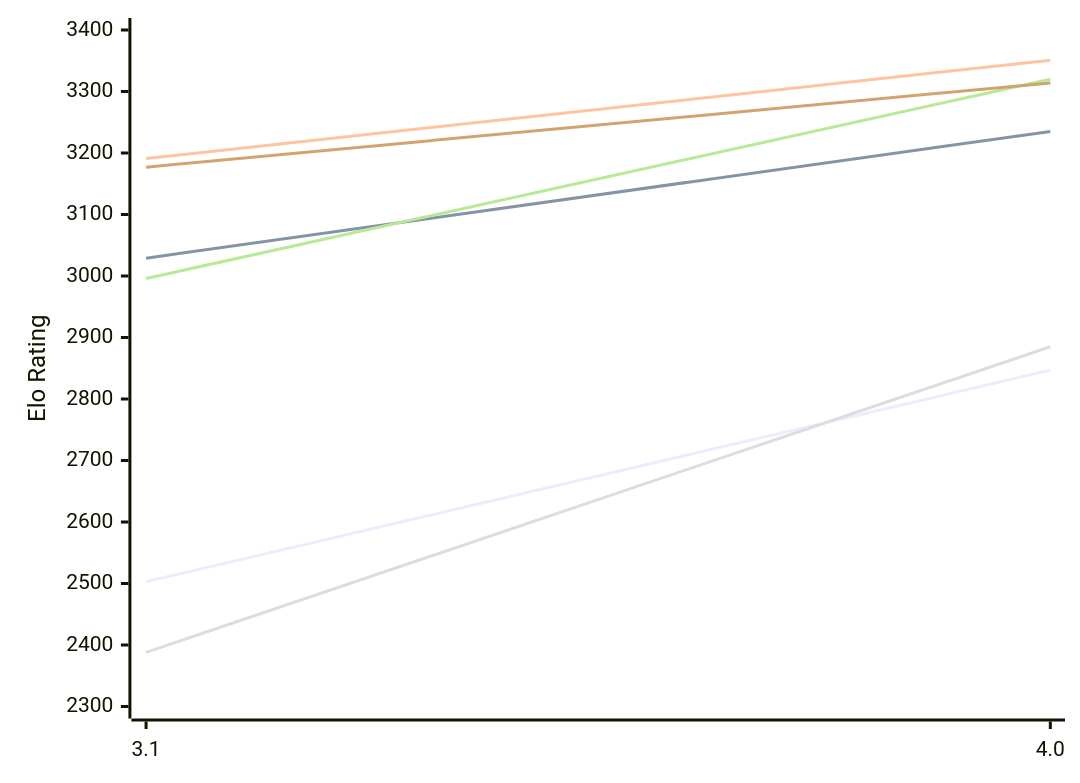
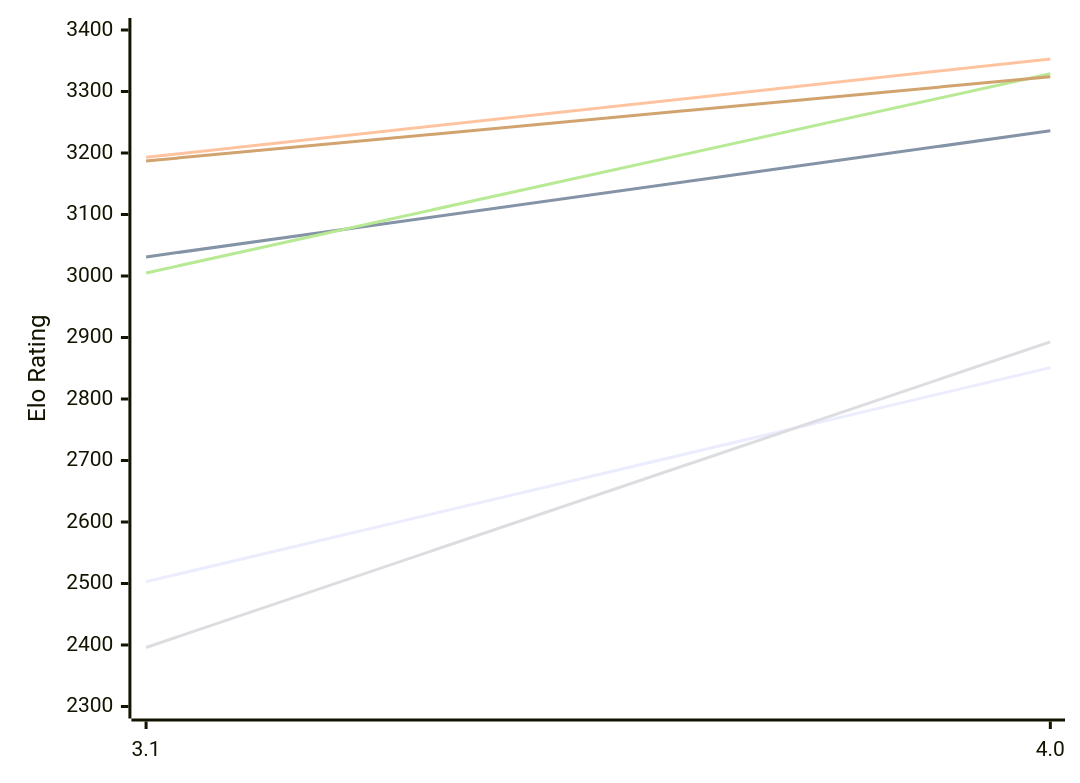
One commit to computer-chess-index/cci changed the first of 2 diagrams in engines/Sykora.md. Above: the diagram before and after it, drawn with Mermaid. The commit also changed other lines of this file, not shown here.

Commit message:
Update CCI Ratings (ELO VLTC) - 2026-11-25

````diff
--- a/engines/Sykora.md
+++ b/engines/Sykora.md
@@ -53,12 +53,12 @@
 ```mermaid
 %%{init: {"theme":"base","themeVariables":{"seriesColors:['#a3a3a3','#222221','#faa371']}}}%%
 xychart-beta
   x-axis ["3.1", "4.0"]
   y-axis "Elo Rating" 2300 --> 3400
-  line "E1: STC (8.0+0.08s)" [2503, 2847]
-  line "E1: LTC (60.0+0.60s)" [3029, 3235]
-  line "E1: VLTC (2m24s+1.12s)" [3191, 3351]
-  line "P1: STC (8.0+0.08s)" [2388, 2885]
-  line "P1: LTC (60.0+0.60s)" [2996, 3320]
-  line "P1: VLTC (2m24s+1.12s)" [3177, 3314]
+  line "E1: STC (8.0+0.08s)" [2503, 2851]
+  line "E1: LTC (60.0+0.60s)" [3031, 3236]
+  line "E1: VLTC (2m24s+1.12s)" [3193, 3353]
+  line "P1: STC (8.0+0.08s)" [2396, 2893]
+  line "P1: LTC (60.0+0.60s)" [3005, 3329]
+  line "P1: VLTC (2m24s+1.12s)" [3187, 3324]
 ```
````
